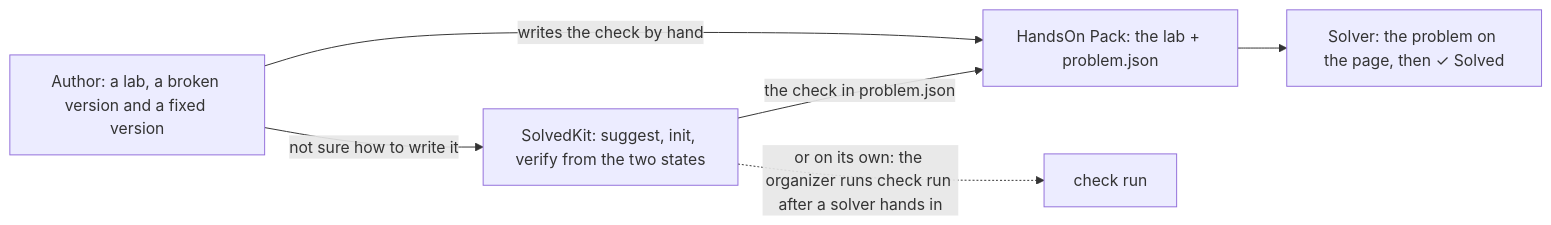
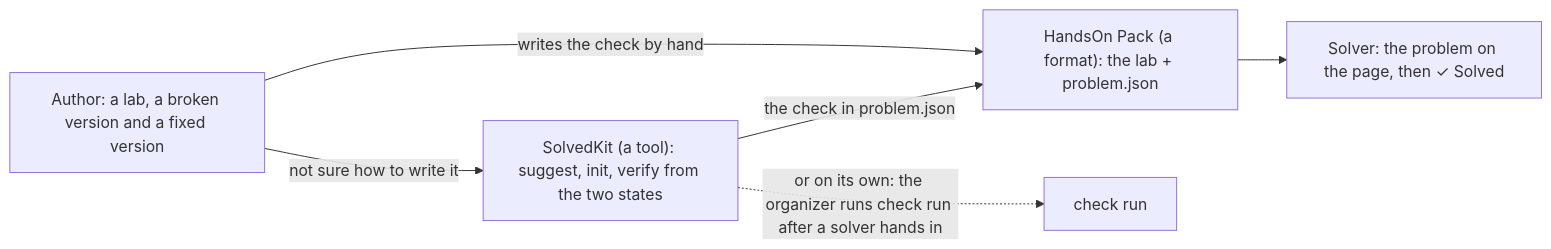
One commit to rclab-dev/network-xray changed the diagram in docs/solvedkit.md. Above: the diagram before and after it, drawn with Mermaid. The commit also changed other lines of this file and 2 other files, not shown here.

Commit message:
Docs: HandsOn Pack is a format (nothing to install), SolvedKit is a tool; either works without the other

````diff
--- a/docs/solvedkit.md
+++ b/docs/solvedkit.md
@@ -9,8 +14,8 @@
 ```mermaid
 flowchart LR
   A["Author: a lab, a broken version and a fixed version"] -->|writes the check by hand| P
-  A -->|"not sure how to write it"| S["SolvedKit: suggest, init, verify from the two states"]
-  S -->|the check in problem.json| P["HandsOn Pack: the lab + problem.json"]
+  A -->|"not sure how to write it"| S["SolvedKit (a tool): suggest, init, verify from the two states"]
+  S -->|the check in problem.json| P["HandsOn Pack (a format): the lab + problem.json"]
   P --> L["Solver: the problem on the page, then ✓ Solved"]
   S -.->|"or on its own: the organizer runs check run after a solver hands in"| R["check run"]
 ```
````
